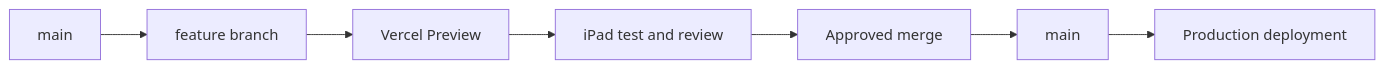
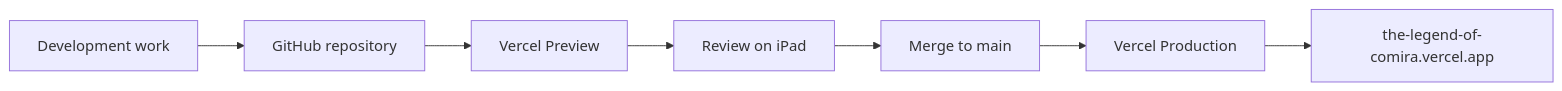
The fifth of 5 diagrams in README.md (altairrojas/the-legend-of-comira), drawn with Mermaid before and after one commit. The commit also changed other lines of this file, not shown here.

````diff
--- a/README.md
+++ b/README.md
@@ -295,9 +359,9 @@
 ```mermaid
 graph LR;
-    MainA["main"] --> Branch["feature branch"];
-    Branch --> PreviewA["Vercel Preview"];
-    PreviewA --> Test["iPad test and review"];
-    Test --> Merge["Approved merge"];
-    Merge --> MainB["main"];
-    MainB --> Prod["Production deployment"];
+    Work["Development work"] --> GitHub["GitHub repository"];
+    GitHub --> Preview["Vercel Preview"];
+    Preview --> Review["Review on iPad"];
+    Review --> Main["Merge to main"];
+    Main --> Production["Vercel Production"];
+    Production --> Domain["the-legend-of-comira.vercel.app"];
 ```
````
